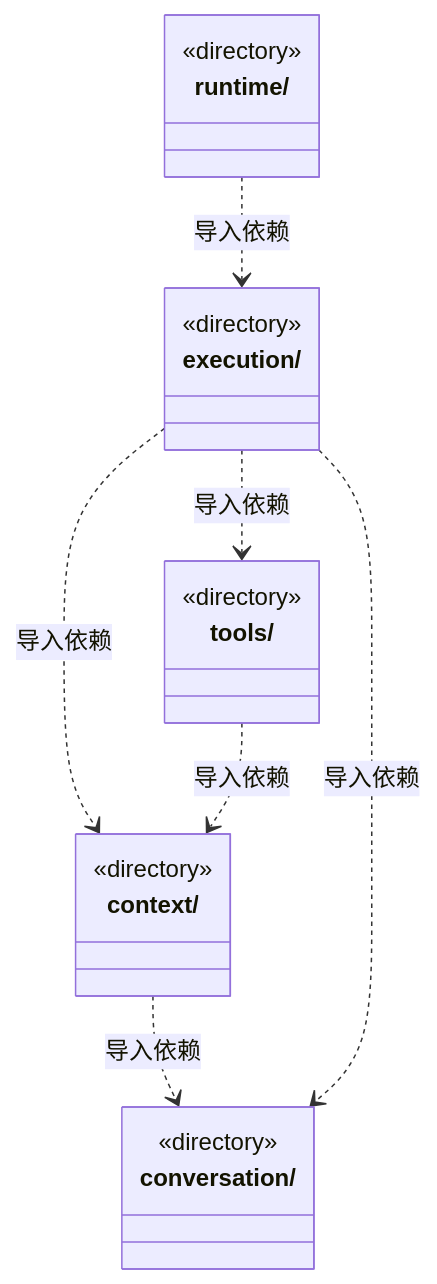
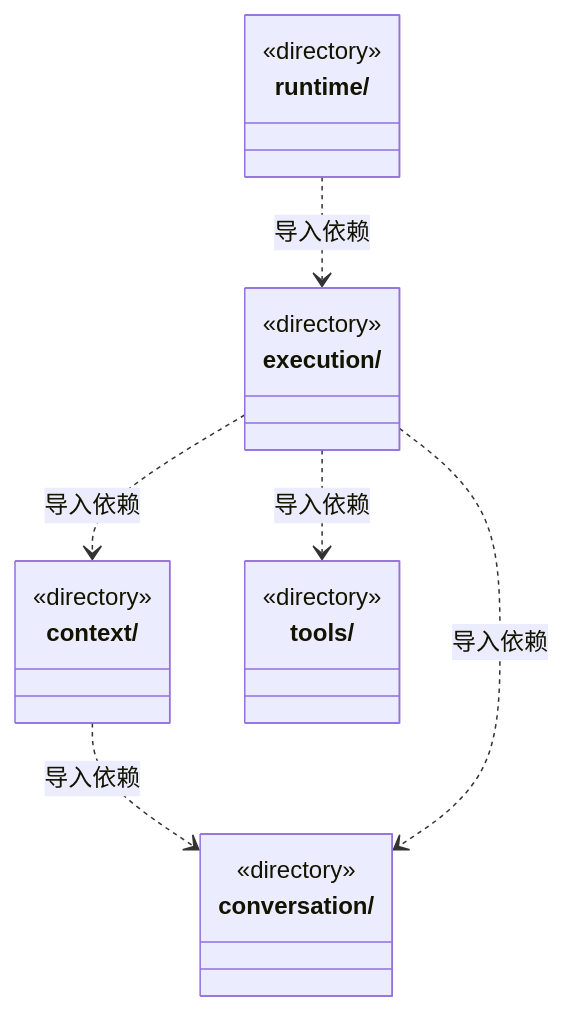
One commit to nan023062/cbim changed the diagram in src/backend/scheduler-engine/ARCHITECTURE.md. Above: the diagram before and after it, drawn with Mermaid. The commit also changed other lines of this file and 216 other files, not shown here.

````diff
--- a/src/backend/scheduler-engine/ARCHITECTURE.md
+++ b/src/backend/scheduler-engine/ARCHITECTURE.md
@@ -15,24 +15,23 @@
 ```mermaid
 classDiagram
 class N_src_backend_scheduler_engine_context["context/"] {
   <<directory>>
 }
 class N_src_backend_scheduler_engine_conversation["conversation/"] {
   <<directory>>
 }
 class N_src_backend_scheduler_engine_execution["execution/"] {
   <<directory>>
 }
 class N_src_backend_scheduler_engine_runtime["runtime/"] {
   <<directory>>
 }
 class N_src_backend_scheduler_engine_tools["tools/"] {
   <<directory>>
 }
 N_src_backend_scheduler_engine_context ..> N_src_backend_scheduler_engine_conversation : 导入依赖
 N_src_backend_scheduler_engine_execution ..> N_src_backend_scheduler_engine_tools : 导入依赖
 N_src_backend_scheduler_engine_execution ..> N_src_backend_scheduler_engine_context : 导入依赖
 N_src_backend_scheduler_engine_execution ..> N_src_backend_scheduler_engine_conversation : 导入依赖
 N_src_backend_scheduler_engine_runtime ..> N_src_backend_scheduler_engine_execution : 导入依赖
-N_src_backend_scheduler_engine_tools ..> N_src_backend_scheduler_engine_context : 导入依赖
 ```
````
